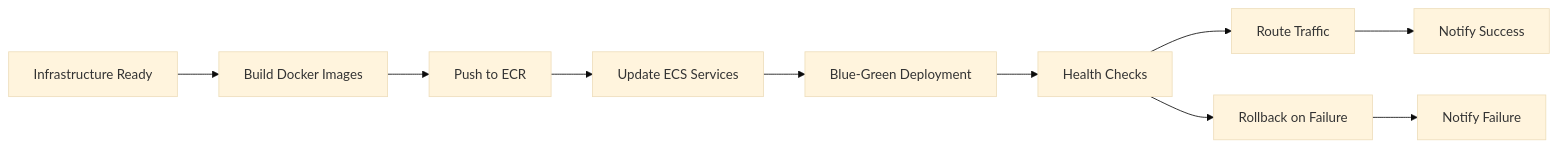
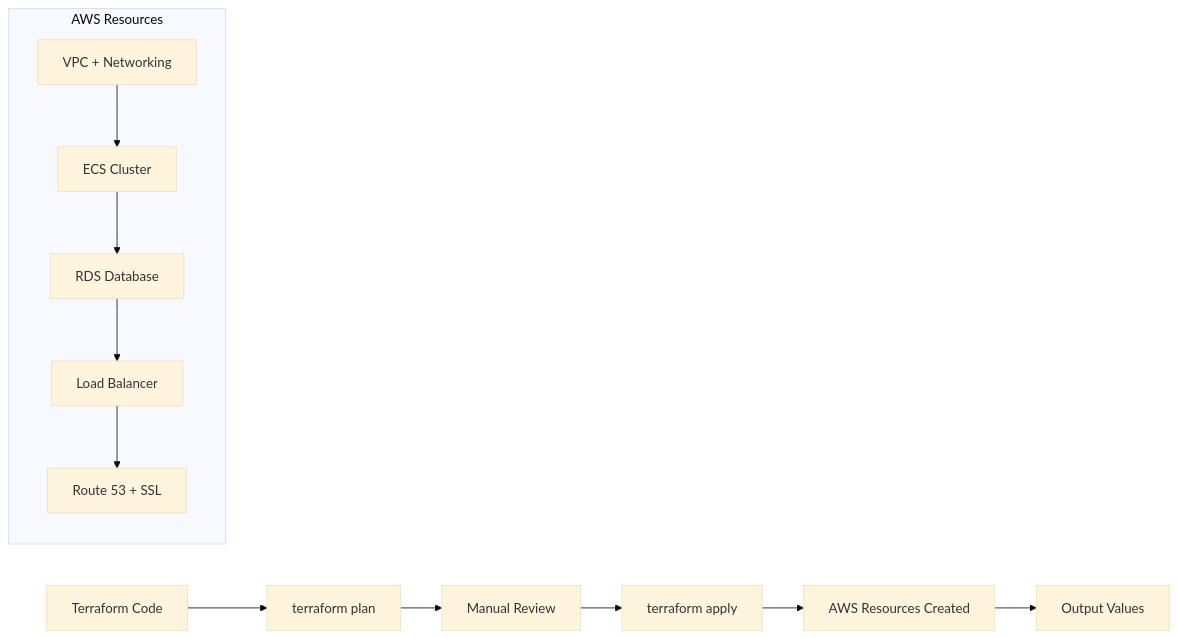
One commit to dmeckers/breiq changed the fourth of 4 diagrams in docs/ARCHITECTURE.md. Above: the diagram before and after it, drawn with Mermaid (base theme). The commit also changed other lines of this file and 4 other files, not shown here.

````diff
--- a/docs/ARCHITECTURE.md
+++ b/docs/ARCHITECTURE.md
@@ -753,13 +781,17 @@
 ```mermaid
 graph LR
-    A[Infrastructure Ready] --> B[Build Docker Images]
-    B --> C[Push to ECR]
-    C --> D[Update ECS Services]
-    D --> E[Blue-Green Deployment]
-    E --> F[Health Checks]
-    F --> G[Route Traffic]
-    G --> H[Notify Success]
+    A[Terraform Code] --> B[terraform plan]
+    B --> C[Manual Review]
+    C --> D[terraform apply]
+    D --> E[AWS Resources Created]
+    E --> F[Output Values]
     
-    F --> I[Rollback on Failure]
-    I --> J[Notify Failure]
+    subgraph "AWS Resources"
+        E1[VPC + Networking]
+        E2[ECS Cluster]
+        E3[RDS Database]
+        E4[Load Balancer]
+        E5[Route 53 + SSL]
+        E1 --> E2 --> E3 --> E4 --> E5
+    end
 ```
````
